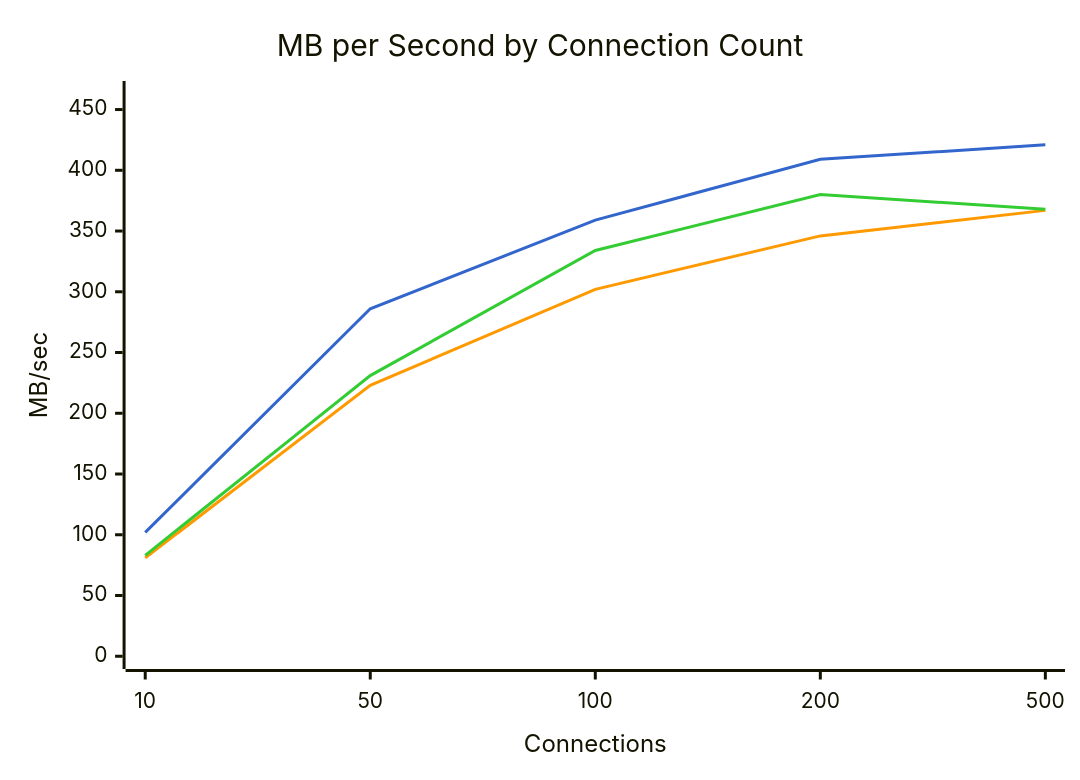
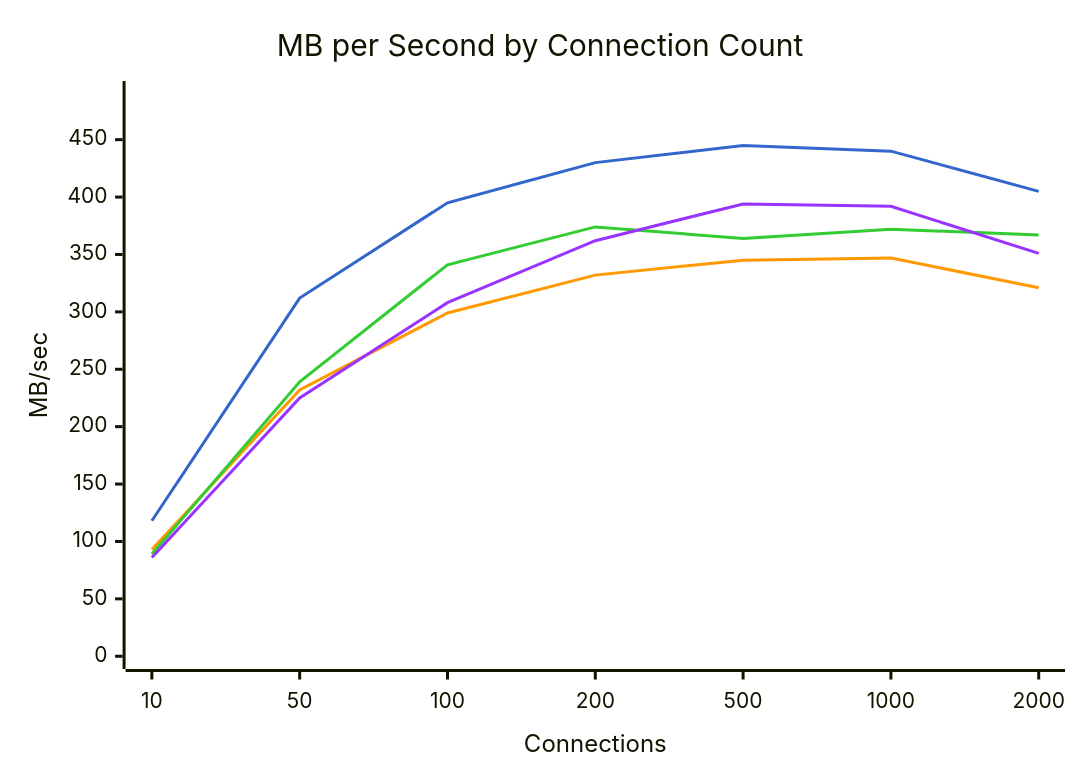
Before and after one commit to youyuanwu/bypass-misc: the second of 6 diagrams in docs/Bench/Azure/Standard_D4s_v5.md, drawn with Mermaid. The commit also changed other lines of this file and 15 other files, not shown here.

````diff
--- a/docs/Bench/Azure/Standard_D4s_v5.md
+++ b/docs/Bench/Azure/Standard_D4s_v5.md
@@ -48,15 +62,16 @@
 ```mermaid
 ---
 config:
     themeVariables:
         xyChart:
-            plotColorPalette: "#3366cc, #ff9900, #33cc33"
+            plotColorPalette: "#3366cc, #ff9900, #33cc33, #9933ff"
 ---
 xychart-beta
     title "MB per Second by Connection Count"
-    x-axis "Connections" [10, 50, 100, 200, 500]
-    y-axis "MB/sec" 0 --> 463
-    line "dpdk" [102, 286, 359, 409, 421]
-    line "tokio" [81, 223, 302, 346, 367]
-    line "tokio-local" [83, 231, 334, 380, 368]
+    x-axis "Connections" [10, 50, 100, 200, 500, 1000, 2000]
+    y-axis "MB/sec" 0 --> 490
+    line "dpdk" [118, 312, 395, 430, 445, 440, 405]
+    line "tokio" [93, 232, 299, 332, 345, 347, 321]
+    line "tokio-local" [89, 239, 341, 374, 364, 372, 367]
+    line "kimojio" [86, 225, 308, 362, 394, 392, 351]
 ```
````
